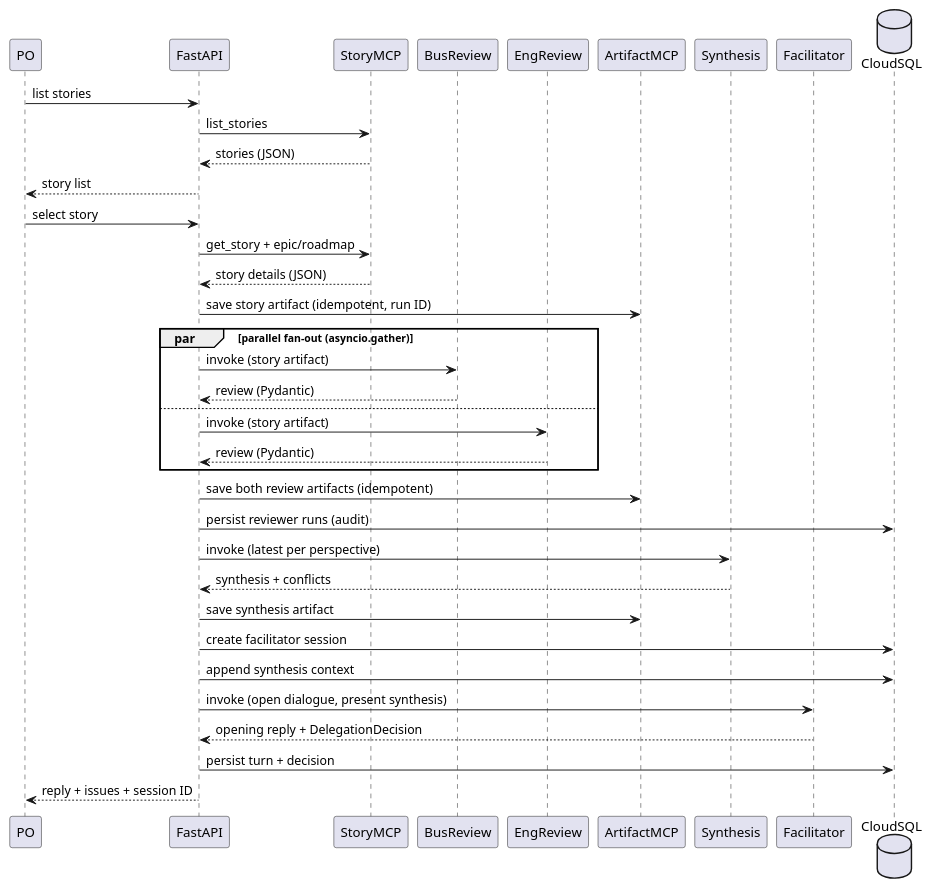
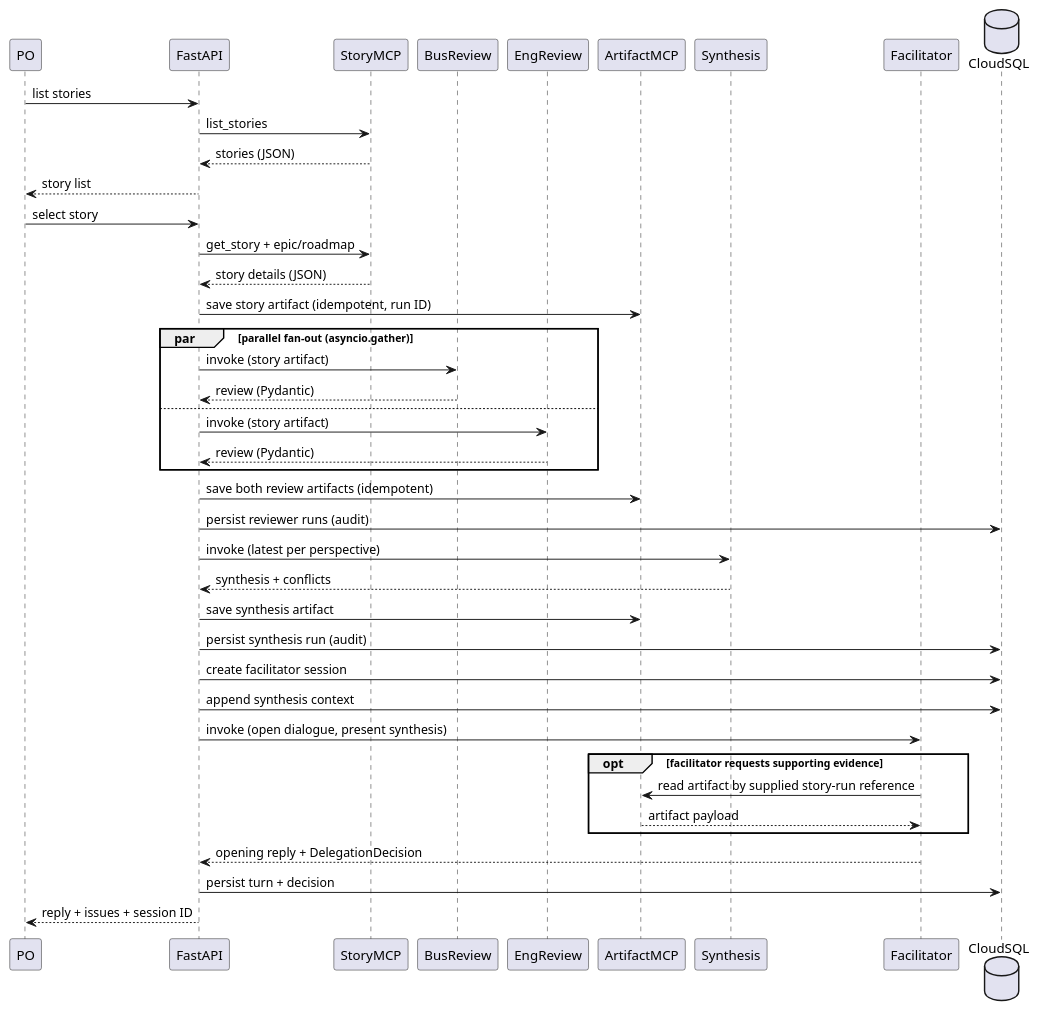
The diagram in docs/design/diagrams/flow1.puml (MMZ993/story-review), drawn with PlantUML before and after one commit. The commit also changed 9 other files, not shown here.

```diff
--- a/docs/design/diagrams/flow1.puml
+++ b/docs/design/diagrams/flow1.puml
@@ -1,37 +1,42 @@
 @startuml
 participant PO
 participant "FastAPI" as F
 participant "StoryMCP" as S
 participant "BusReview" as B
 participant "EngReview" as E
 participant "ArtifactMCP" as A
 participant "Synthesis" as Y
 participant "Facilitator" as T
 database "CloudSQL" as C
 PO -> F: list stories
 F -> S: list_stories
 S --> F: stories (JSON)
 F --> PO: story list
 PO -> F: select story
 F -> S: get_story + epic/roadmap
 S --> F: story details (JSON)
 F -> A: save story artifact (idempotent, run ID)
 par parallel fan-out (asyncio.gather)
 F -> B: invoke (story artifact)
 B --> F: review (Pydantic)
 else
 F -> E: invoke (story artifact)
 E --> F: review (Pydantic)
 end
 F -> A: save both review artifacts (idempotent)
 F -> C: persist reviewer runs (audit)
 F -> Y: invoke (latest per perspective)
 Y --> F: synthesis + conflicts
 F -> A: save synthesis artifact
+F -> C: persist synthesis run (audit)
 F -> C: create facilitator session
 F -> C: append synthesis context
 F -> T: invoke (open dialogue, present synthesis)
+opt facilitator requests supporting evidence
+T -> A: read artifact by supplied story-run reference
+A --> T: artifact payload
+end
 T --> F: opening reply + DelegationDecision
 F -> C: persist turn + decision
 F --> PO: reply + issues + session ID
 @enduml
```
